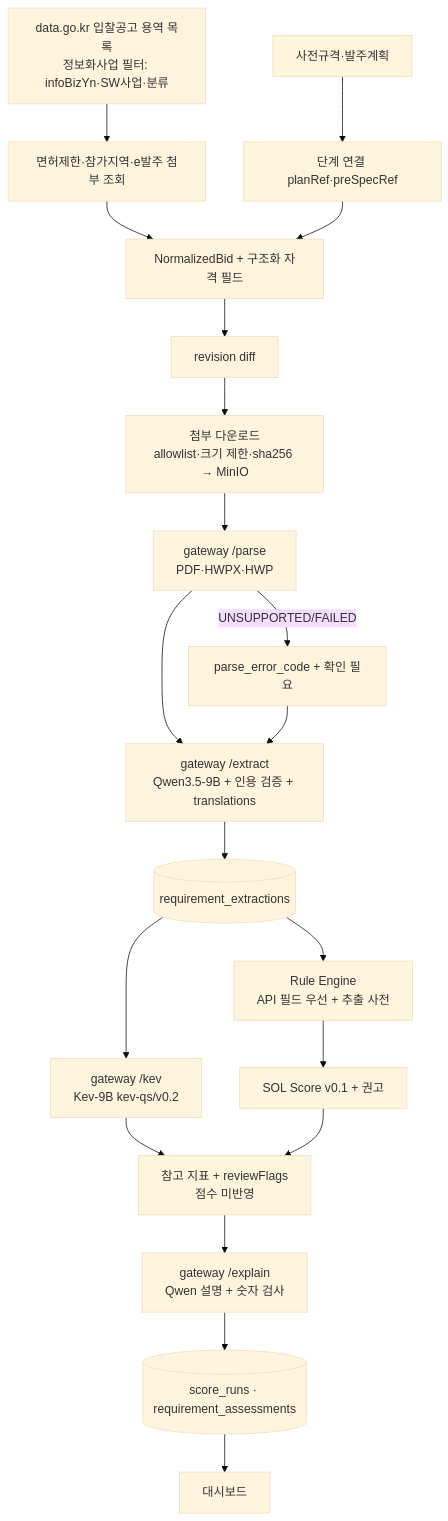
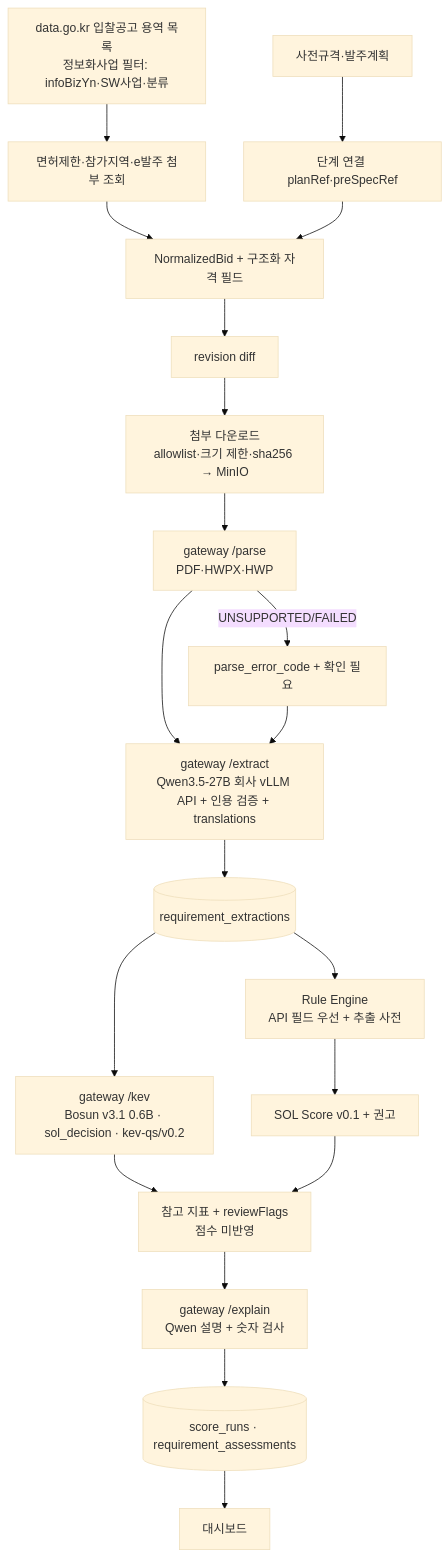
One commit to solideoai/sol-radar changed the diagram in docs/03-AI-PIPELINE.md. Above: the diagram before and after it, drawn with Mermaid (base theme). The commit also changed other lines of this file and 38 other files, not shown here.

First line of the commit message:
docs: ADR-034 결정 모델 Bosun 교체·Qwen3.5-27B API 정본 반영

````diff
--- a/docs/03-AI-PIPELINE.md
+++ b/docs/03-AI-PIPELINE.md
@@ -37,22 +37,22 @@
 ```mermaid
 flowchart TD
  A[data.go.kr 입찰공고 용역 목록<br/>정보화사업 필터: infoBizYn·SW사업·분류] --> B[면허제한·참가지역·e발주 첨부 조회]
  A2[사전규격·발주계획] --> L[단계 연결 planRef·preSpecRef]
  B --> N[NormalizedBid + 구조화 자격 필드]
  L --> N
  N --> R1[revision diff]
  R1 --> D[첨부 다운로드<br/>allowlist·크기 제한·sha256 → MinIO]
  D --> P[gateway /parse<br/>PDF·HWPX·HWP]
  P -->|UNSUPPORTED/FAILED| PE[parse_error_code + 확인 필요]
- P --> E[gateway /extract<br/>Qwen3.5-9B + 인용 검증 + translations]
+ P --> E[gateway /extract<br/>Qwen3.5-27B 회사 vLLM API + 인용 검증 + translations]
  PE --> E
  E --> X[(requirement_extractions)]
  X --> RE[Rule Engine<br/>API 필드 우선 + 추출 사전]
- X --> K[gateway /kev<br/>Kev-9B kev-qs/v0.2]
+ X --> K[gateway /kev<br/>Bosun v3.1 0.6B · sol_decision · kev-qs/v0.2]
  RE --> S[SOL Score v0.1 + 권고]
  K --> F[참고 지표 + reviewFlags<br/>점수 미반영]
  S --> F
  F --> EX[gateway /explain<br/>Qwen 설명 + 숫자 검사]
  EX --> Z[(score_runs · requirement_assessments)]
  Z --> UI[대시보드]
 ```
````
